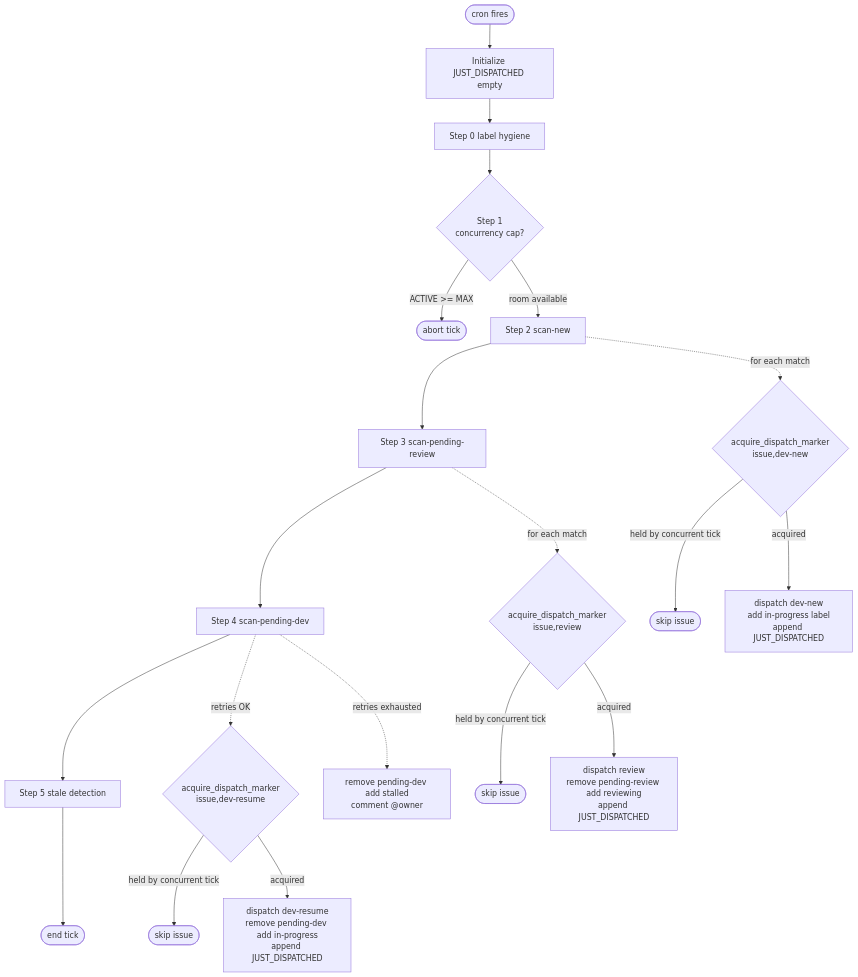
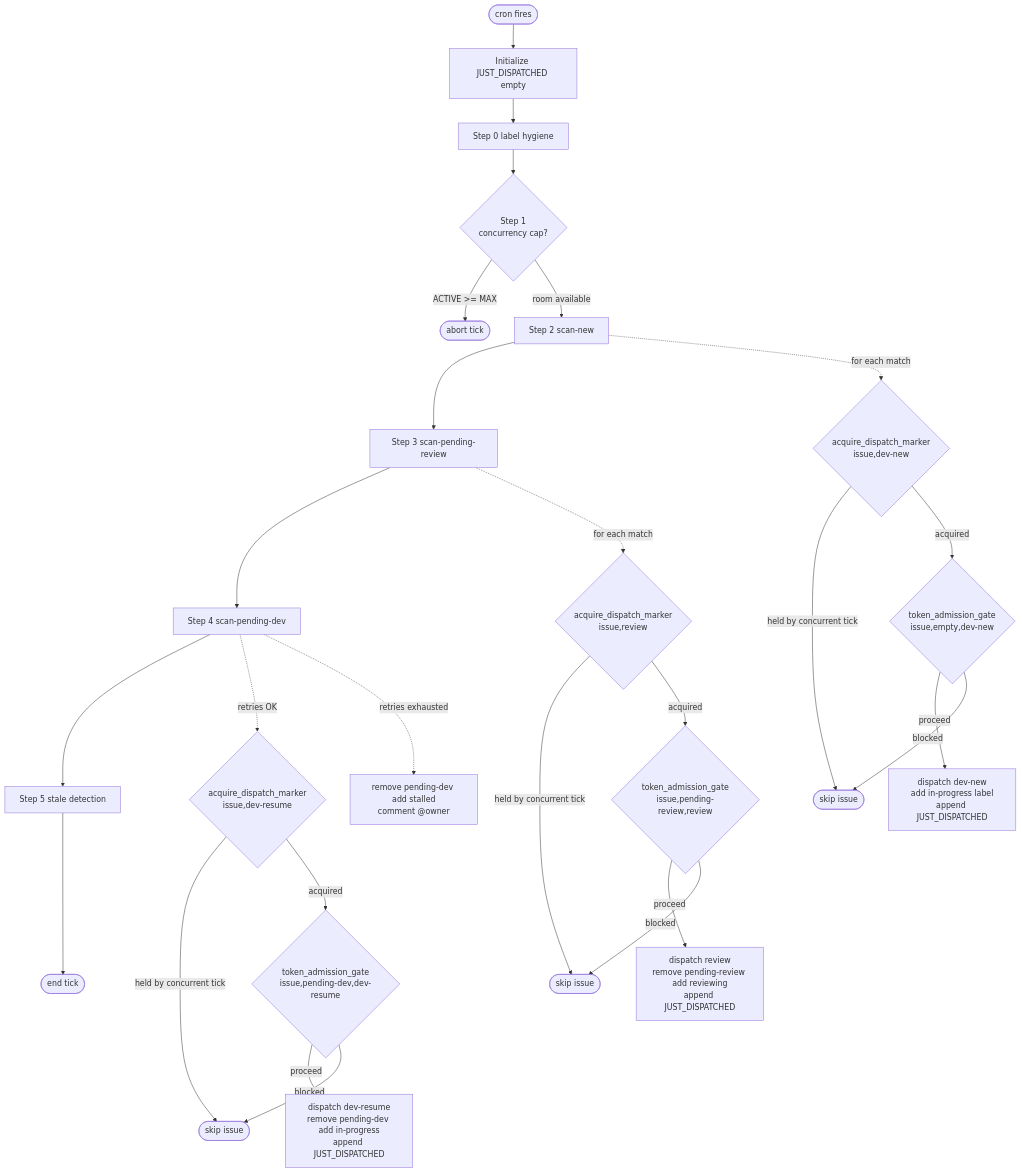
The diagram in docs/pipeline/dispatcher-flow.md (zxkane/autonomous-dev-team), drawn with Mermaid before and after one commit. The commit also changed other lines of this file and 43 other files, not shown here.

````diff
--- a/docs/pipeline/dispatcher-flow.md
+++ b/docs/pipeline/dispatcher-flow.md
@@ -86,23 +86,29 @@
 ```mermaid
 flowchart TD
     start([cron fires]) --> init[Initialize JUST_DISPATCHED empty]
     init --> step0[Step 0 label hygiene]
     step0 --> step1{Step 1<br/>concurrency cap?}
     step1 -- ACTIVE >= MAX --> exit_cap([abort tick])
     step1 -- room available --> step2[Step 2 scan-new]
     step2 --> step3[Step 3 scan-pending-review]
     step3 --> step4[Step 4 scan-pending-dev]
     step4 --> step5[Step 5 stale detection]
     step5 --> done([end tick])
 
     step2 -. for each match .-> marker2{acquire_dispatch_marker<br/>issue,dev-new}
     marker2 -- held by concurrent tick --> skip2([skip issue])
-    marker2 -- acquired --> dispatch_dev[dispatch dev-new<br/>add in-progress label<br/>append JUST_DISPATCHED]
+    marker2 -- acquired --> gate2{token_admission_gate<br/>issue,empty,dev-new}
+    gate2 -- proceed --> dispatch_dev[dispatch dev-new<br/>add in-progress label<br/>append JUST_DISPATCHED]
+    gate2 -- blocked --> skip2
     step3 -. for each match .-> marker3{acquire_dispatch_marker<br/>issue,review}
     marker3 -- held by concurrent tick --> skip3([skip issue])
-    marker3 -- acquired --> dispatch_review[dispatch review<br/>remove pending-review add reviewing<br/>append JUST_DISPATCHED]
+    marker3 -- acquired --> gate3{token_admission_gate<br/>issue,pending-review,review}
+    gate3 -- proceed --> dispatch_review[dispatch review<br/>remove pending-review add reviewing<br/>append JUST_DISPATCHED]
+    gate3 -- blocked --> skip3
     step4 -. retries OK .-> marker4{acquire_dispatch_marker<br/>issue,dev-resume}
     marker4 -- held by concurrent tick --> skip4([skip issue])
-    marker4 -- acquired --> dispatch_resume[dispatch dev-resume<br/>remove pending-dev add in-progress<br/>append JUST_DISPATCHED]
+    marker4 -- acquired --> gate4{token_admission_gate<br/>issue,pending-dev,dev-resume}
+    gate4 -- proceed --> dispatch_resume[dispatch dev-resume<br/>remove pending-dev add in-progress<br/>append JUST_DISPATCHED]
+    gate4 -- blocked --> skip4
     step4 -. retries exhausted .-> stall[remove pending-dev add stalled<br/>comment @owner]
 ```
````
